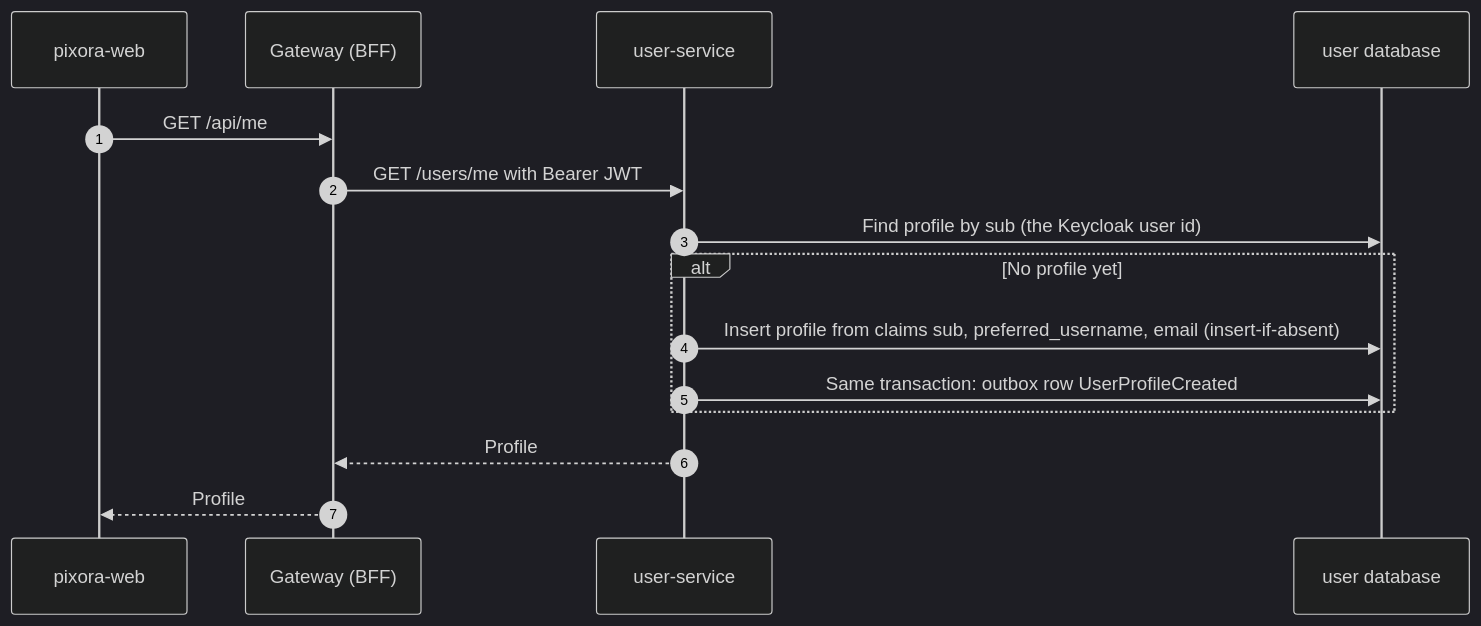
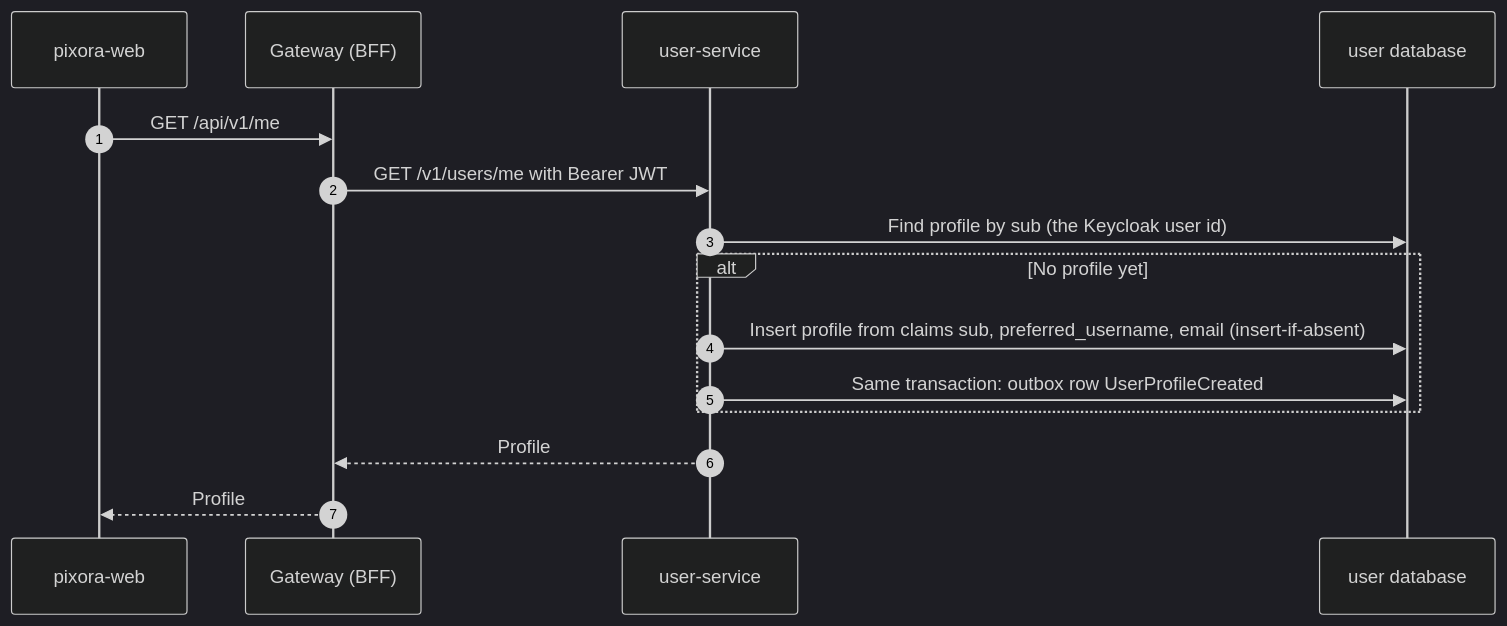
One commit to JaouadiOussama/pixora changed the third of 4 diagrams in docs/authentication.md. Above: the diagram before and after it, drawn with Mermaid (dark theme). The commit also changed other lines of this file and 15 other files, not shown here.

````diff
--- a/docs/authentication.md
+++ b/docs/authentication.md
@@ -94,18 +94,18 @@
 ```mermaid
 sequenceDiagram
     autonumber
     participant W as pixora-web
     participant G as Gateway (BFF)
     participant U as user-service
     participant DB as user database
 
-    W->>G: GET /api/me
-    G->>U: GET /users/me with Bearer JWT
+    W->>G: GET /api/v1/me
+    G->>U: GET /v1/users/me with Bearer JWT
     U->>DB: Find profile by sub (the Keycloak user id)
     alt No profile yet
         U->>DB: Insert profile from claims sub, preferred_username, email (insert-if-absent)
         U->>DB: Same transaction: outbox row UserProfileCreated
     end
     U-->>G: Profile
     G-->>W: Profile
 ```
````
